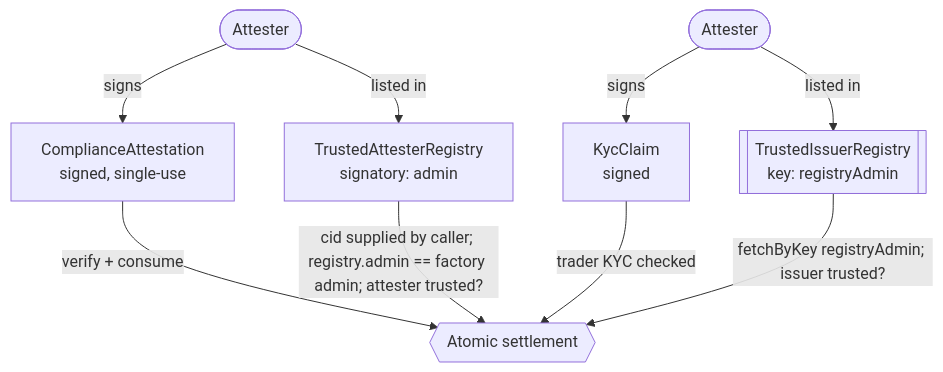
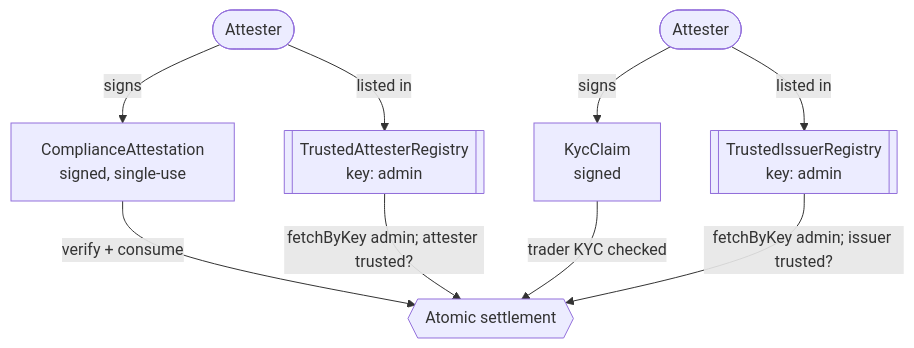
Before and after one commit to OpenZeppelin/canton-specs: the first of 5 diagrams in docs/reference-architectures/dex.md, drawn with Mermaid. The commit also changed other lines of this file, not shown here.

````diff
--- a/docs/reference-architectures/dex.md
+++ b/docs/reference-architectures/dex.md
@@ -307,19 +297,19 @@
 ```mermaid
 flowchart TD
     Attester1([Attester])
     Attester2([Attester])
-    AttReg["TrustedAttesterRegistry<br/>signatory: admin"]
-    IssReg[["TrustedIssuerRegistry<br/>key: registryAdmin"]]
+    AttReg[["TrustedAttesterRegistry<br/>key: admin"]]
+    IssReg[["TrustedIssuerRegistry<br/>key: admin"]]
     Attn["ComplianceAttestation<br/>signed, single-use"]
     Kyc["KycClaim<br/>signed"]
     Settle{{Atomic settlement}}
 
     Attester1 -->|"listed in"| AttReg
     Attester2 -->|"listed in"| IssReg
     Attester1 -->|"signs"| Attn
     Attester2 -->|"signs"| Kyc
     Attn -->|"verify + consume"| Settle
-    AttReg -->|"cid supplied by caller; registry.admin == factory admin; attester trusted?"| Settle
+    AttReg -->|"fetchByKey admin; attester trusted?"| Settle
     Kyc -->|"trader KYC checked"| Settle
-    IssReg -->|"fetchByKey registryAdmin; issuer trusted?"| Settle
+    IssReg -->|"fetchByKey admin; issuer trusted?"| Settle
 ```
````
